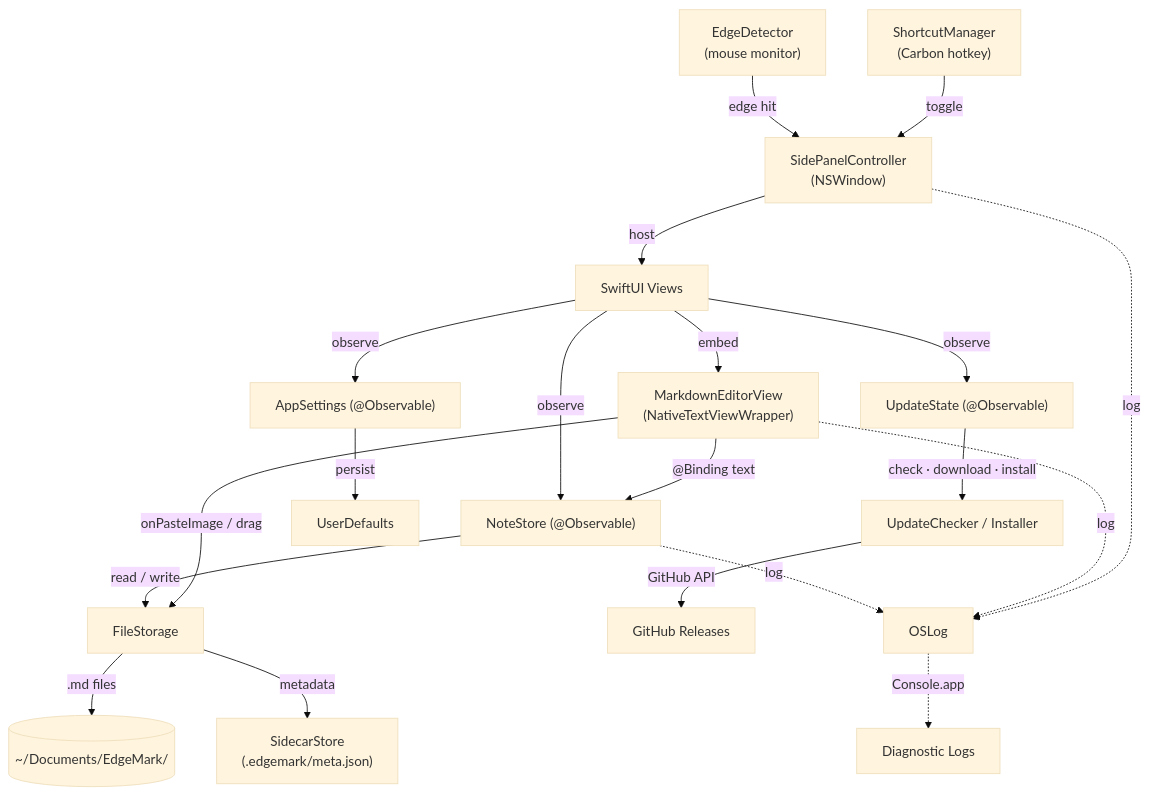
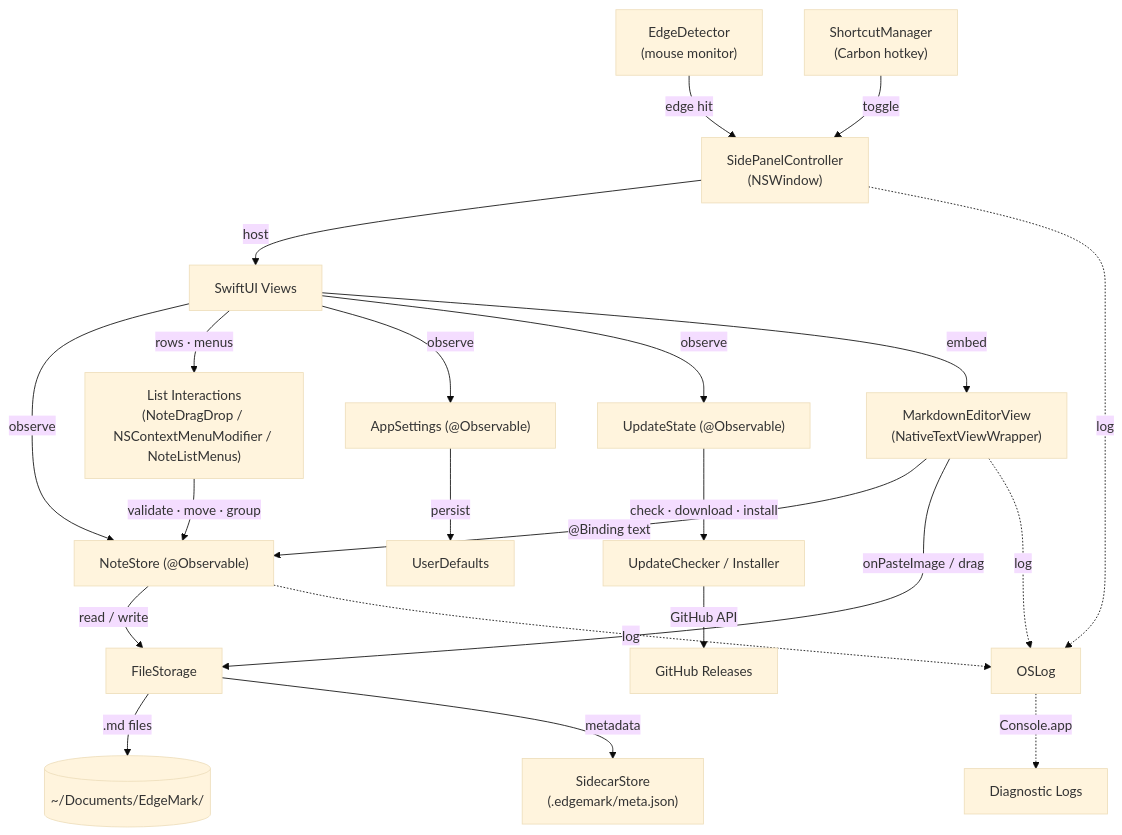
The diagram in CONTRIBUTING.md (Ender-Wang/EdgeMark), drawn with Mermaid (base theme) before and after one commit. The commit also changed other lines of this file, not shown here.

````diff
--- a/CONTRIBUTING.md
+++ b/CONTRIBUTING.md
@@ -17,27 +17,29 @@
 ```mermaid
 graph TD
     EM["EdgeDetector<br/>(mouse monitor)"] -->|"edge hit"| SP["SidePanelController<br/>(NSWindow)"]
     HK["ShortcutManager<br/>(Carbon hotkey)"] -->|"toggle"| SP
     SP -->|"host"| SUI["SwiftUI Views"]
 
     SUI -->|"observe"| NS["NoteStore (@Observable)"]
+    SUI -->|"rows · menus"| LI["List Interactions<br/>(NoteDragDrop / NSContextMenuModifier / NoteListMenus)"]
+    LI -->|"validate · move · group"| NS
     NS -->|"read / write"| FS["FileStorage"]
     FS -->|".md files"| Disk[("~/Documents/EdgeMark/")]
     FS -->|"metadata"| SC["SidecarStore<br/>(.edgemark/meta.json)"]
 
     SUI -->|"observe"| AS["AppSettings (@Observable)"]
     AS -->|"persist"| UD["UserDefaults"]
 
     SUI -->|"observe"| US["UpdateState (@Observable)"]
     US -->|"check · download · install"| UC["UpdateChecker / Installer"]
     UC -->|"GitHub API"| GH["GitHub Releases"]
 
     SUI -->|"embed"| ED["MarkdownEditorView<br/>(NativeTextViewWrapper)"]
     ED -->|"@Binding text"| NS
     ED -->|"onPasteImage / drag"| FS
 
     NS -.->|"log"| Log["OSLog"]
     ED -.->|"log"| Log
     SP -.->|"log"| Log
     Log -.->|"Console.app"| CA["Diagnostic Logs"]
 ```
````
